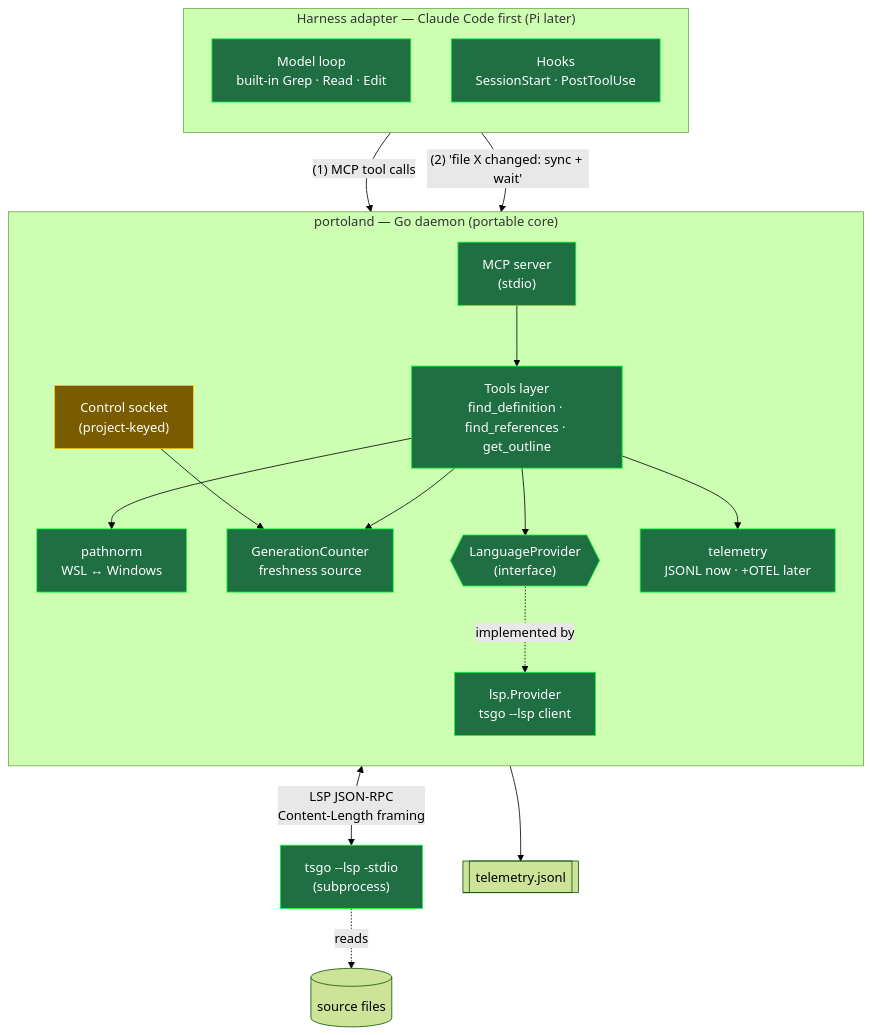
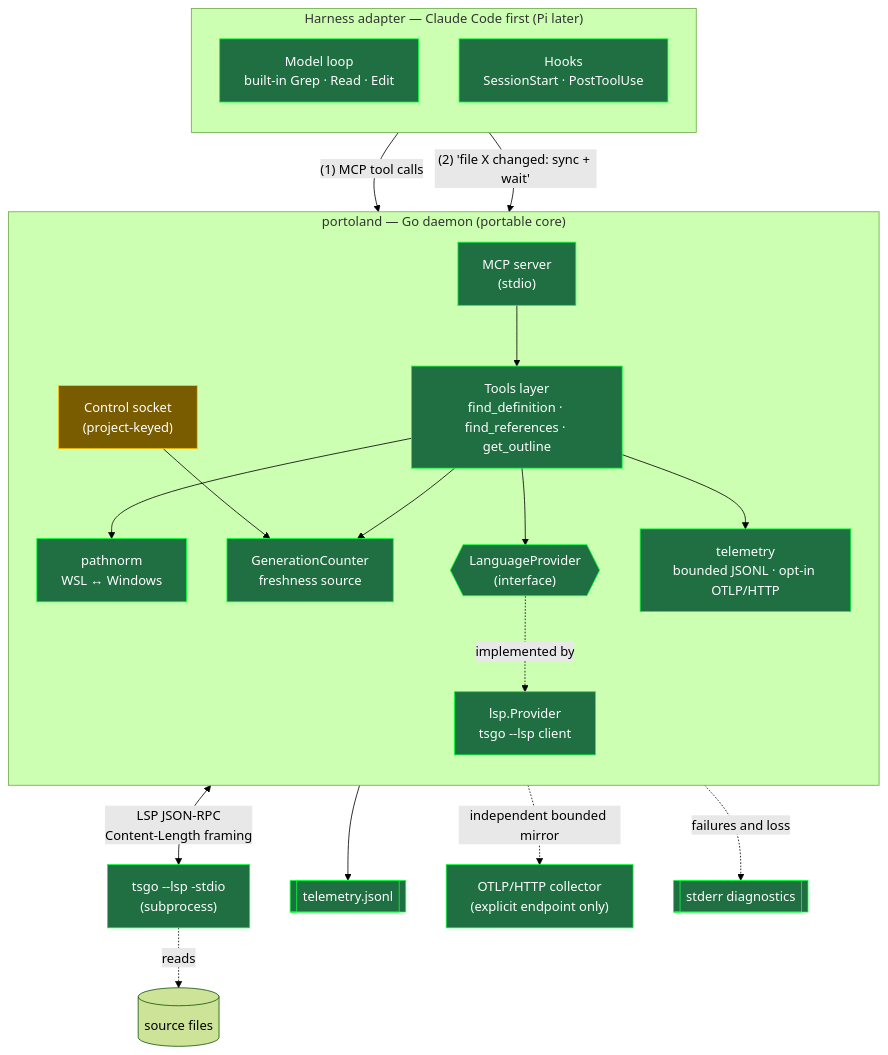
One commit to skflowne/portolan changed the first of 6 diagrams in ARCHITECTURE.md. Above: the diagram before and after it, drawn with Mermaid (forest theme). The commit also changed other lines of this file and 14 other files, not shown here.

Commit message:
Add bounded OTLP telemetry mirror

````diff
--- a/ARCHITECTURE.md
+++ b/ARCHITECTURE.md
@@ -19,42 +19,46 @@
 ```mermaid
 flowchart TB
     subgraph Harness["Harness adapter — Claude Code first (Pi later)"]
         direction TB
         Model["Model loop<br/>built-in Grep · Read · Edit"]
         Hooks["Hooks<br/>SessionStart · PostToolUse"]
     end
 
     subgraph Daemon["portoland — Go daemon (portable core)"]
         direction TB
         MCP["MCP server<br/>(stdio)"]
         Ctl["Control socket<br/>(project-keyed)"]
         Tools["Tools layer<br/>find_definition · find_references · get_outline"]
         Gen["GenerationCounter<br/>freshness source"]
         Prov{{"LanguageProvider<br/>(interface)"}}
         LSP["lsp.Provider<br/>tsgo --lsp client"]
         Path["pathnorm<br/>WSL ↔ Windows"]
-        Tel["telemetry<br/>JSONL now · +OTEL later"]
+        Tel["telemetry<br/>bounded JSONL · opt-in OTLP/HTTP"]
     end
 
     Tsgo["tsgo --lsp -stdio<br/>(subprocess)"]
     Files[("source files")]
     JSONL[["telemetry.jsonl"]]
+    OTLP["OTLP/HTTP collector<br/>(explicit endpoint only)"]
+    Stderr[["stderr diagnostics"]]
 
     Model -->|"(1) MCP tool calls"| MCP
     Hooks -->|"(2) 'file X changed: sync + wait'"| Ctl
     MCP --> Tools
     Tools --> Path
     Tools --> Gen
     Tools --> Prov
     Tools --> Tel
     Prov -. implemented by .-> LSP
     LSP <-->|"LSP JSON-RPC<br/>Content-Length framing"| Tsgo
     Tsgo -.reads.-> Files
     Ctl --> Gen
     Tel --> JSONL
+    Tel -. independent bounded mirror .-> OTLP
+    Tel -. failures and loss .-> Stderr
 
     classDef built fill:#1f6f43,stroke:#0f3,color:#fff;
     classDef scaffold fill:#7a5c00,stroke:#fc0,color:#fff;
-    class Model,Hooks,MCP,Tools,Gen,Prov,LSP,Path,Tel,Tsgo built;
+    class Model,Hooks,MCP,Tools,Gen,Prov,LSP,Path,Tel,Tsgo,JSONL,OTLP,Stderr built;
     class Ctl scaffold;
 ```
````
